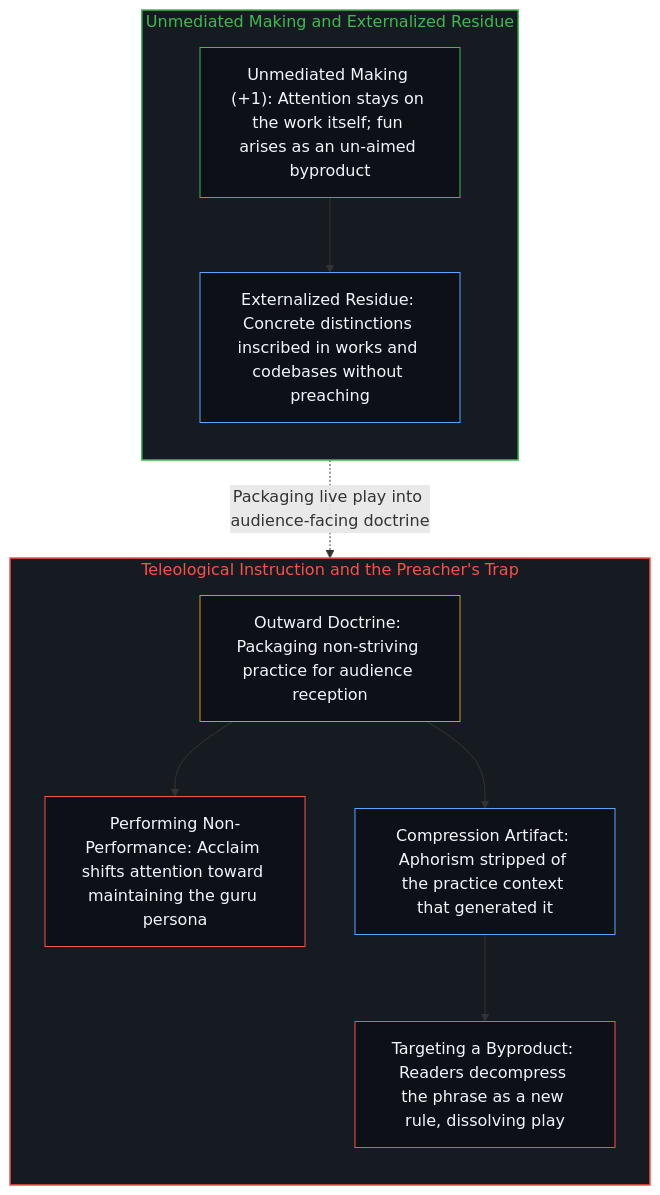
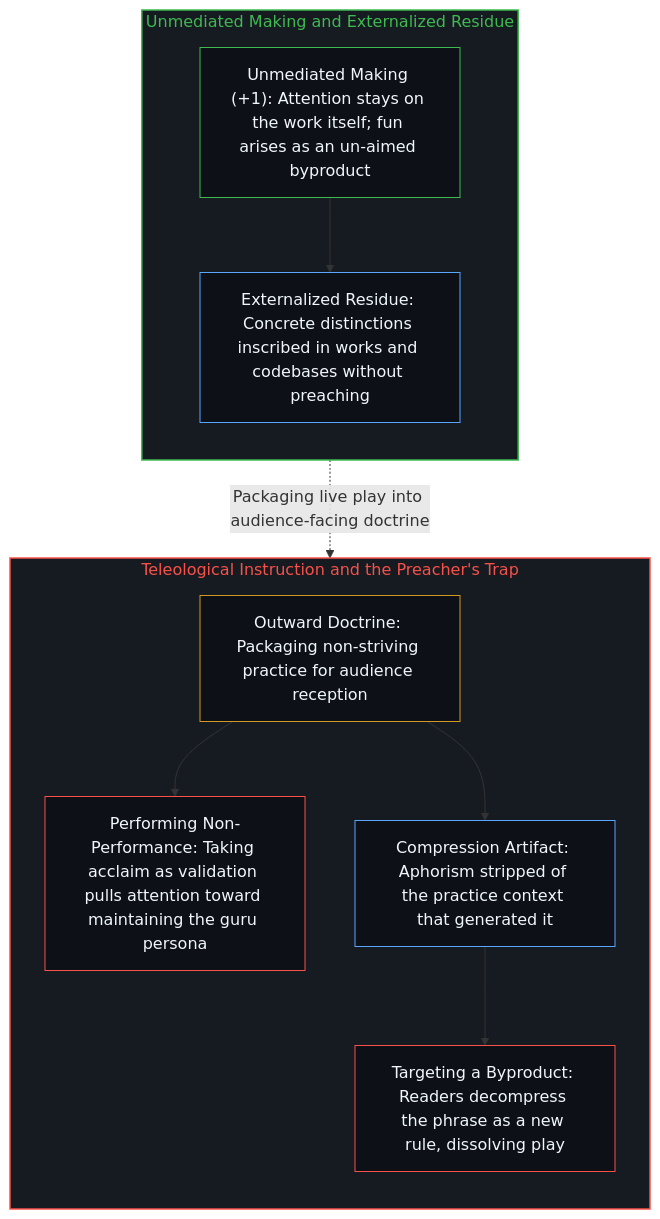
The second of 2 diagrams in content/posts/the-interesting-case-of-rubin.md (powerpig99/not-a-toe), drawn with Mermaid before and after one commit. The commit also changed other lines of this file and 9 other files, not shown here.

````diff
--- a/content/posts/the-interesting-case-of-rubin.md
+++ b/content/posts/the-interesting-case-of-rubin.md
@@ -47,27 +47,27 @@
 ```mermaid
 flowchart TD
     subgraph S_Work["Unmediated Making and Externalized Residue"]
         direction TB
         Make["Unmediated Making (+1): Attention stays on the work itself; fun arises as an un-aimed byproduct"]
         Residue["Externalized Residue: Concrete distinctions inscribed in works and codebases without preaching"]
         Make --> Residue
     end
     subgraph S_Preach["Teleological Instruction and the Preacher's Trap"]
         direction TB
         Preach["Outward Doctrine: Packaging non-striving practice for audience reception"]
-        Brand["Performing Non-Performance: Acclaim shifts attention toward maintaining the guru persona"]
+        Brand["Performing Non-Performance: Taking acclaim as validation pulls attention toward maintaining the guru persona"]
         Compress["Compression Artifact: Aphorism stripped of the practice context that generated it"]
         Aim["Targeting a Byproduct: Readers decompress the phrase as a new rule, dissolving play"]
         Preach --> Brand
         Preach --> Compress --> Aim
     end
     Make -.->|"Packaging live play into audience-facing doctrine"| Preach
     style S_Work fill:#161b22,stroke:#3fb950,stroke-width:1.5px,color:#3fb950
     style S_Preach fill:#161b22,stroke:#f85149,stroke-width:1.5px,color:#f85149
     style Make fill:#0d1117,stroke:#3fb950,stroke-width:1px,color:#f0f6fc
     style Residue fill:#0d1117,stroke:#58a6ff,stroke-width:1px,color:#f0f6fc
     style Preach fill:#0d1117,stroke:#d29922,stroke-width:1px,color:#f0f6fc
     style Brand fill:#0d1117,stroke:#f85149,stroke-width:1px,color:#f0f6fc
     style Compress fill:#0d1117,stroke:#58a6ff,stroke-width:1px,color:#f0f6fc
     style Aim fill:#0d1117,stroke:#f85149,stroke-width:1px,color:#f0f6fc
 ```
````
